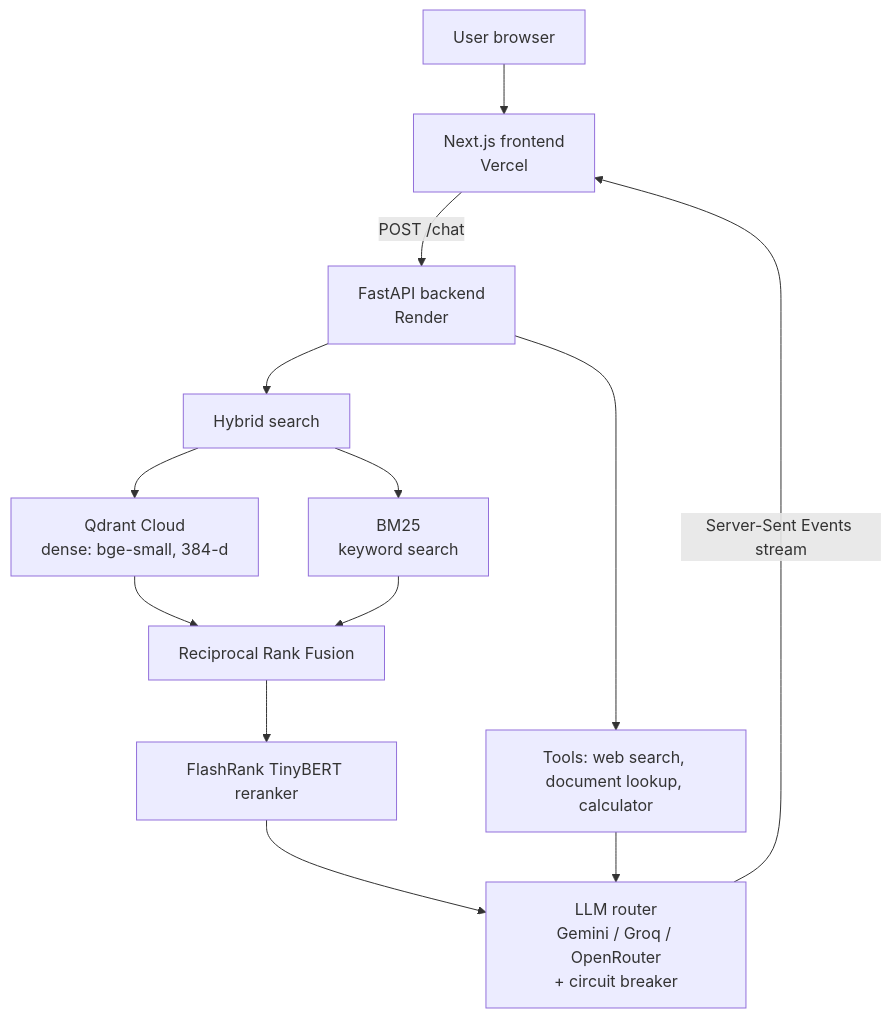
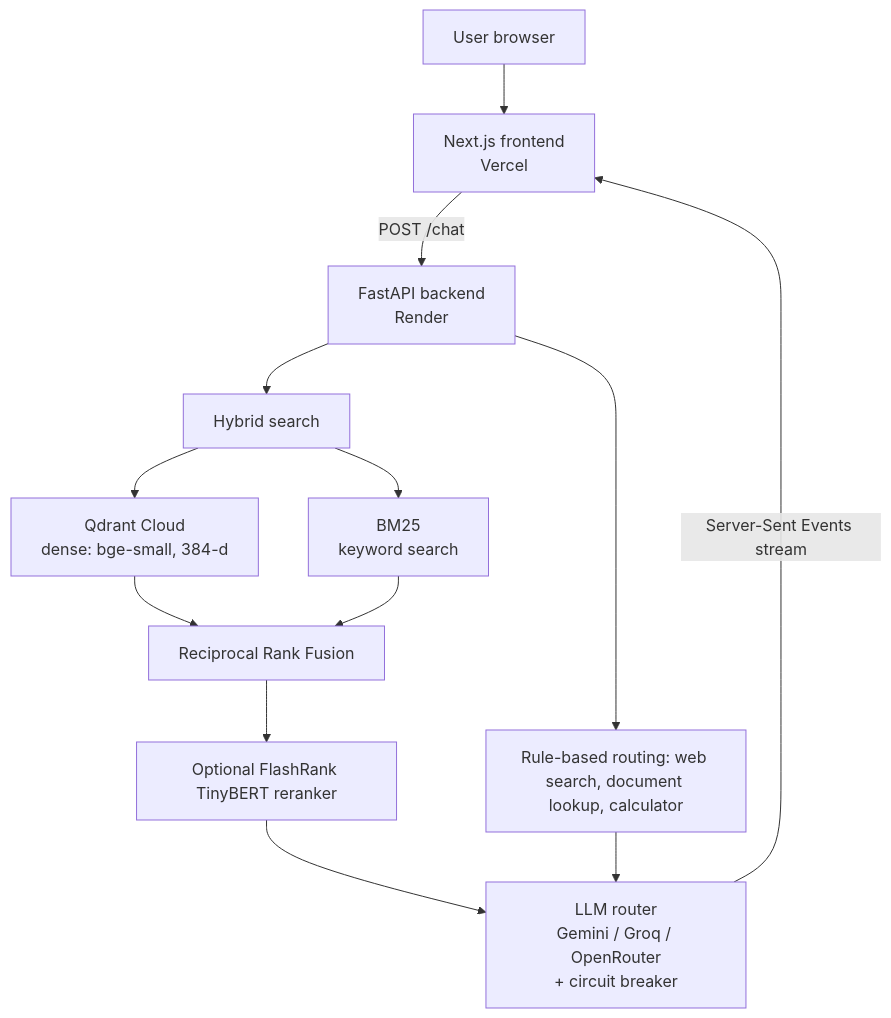
Before and after one commit to jasirjru/jruva: the diagram in README.md, drawn with Mermaid. The commit also changed other lines of this file and 2 other files, not shown here.

Commit message:
docs: honest claims (rule-based routing, optional reranker, development set), demo limits, AI-assisted note; add benchmark script

````diff
--- a/README.md
+++ b/README.md
@@ -9,15 +11,15 @@
 ```mermaid
 flowchart TD
     U[User browser] --> F[Next.js frontend<br/>Vercel]
     F -- "POST /chat" --> B[FastAPI backend<br/>Render]
     B --> S[Hybrid search]
     S --> Q[Qdrant Cloud<br/>dense: bge-small, 384-d]
     S --> K[BM25<br/>keyword search]
     Q --> R[Reciprocal Rank Fusion]
     K --> R
-    R --> X[FlashRank TinyBERT reranker]
-    B --> T[Tools: web search, document lookup, calculator]
+    R --> X[Optional FlashRank TinyBERT reranker]
+    B --> T[Rule-based routing: web search, document lookup, calculator]
     X --> L[LLM router<br/>Gemini / Groq / OpenRouter<br/>+ circuit breaker]
     T --> L
     L -- "Server-Sent Events stream" --> F
 ```
````
